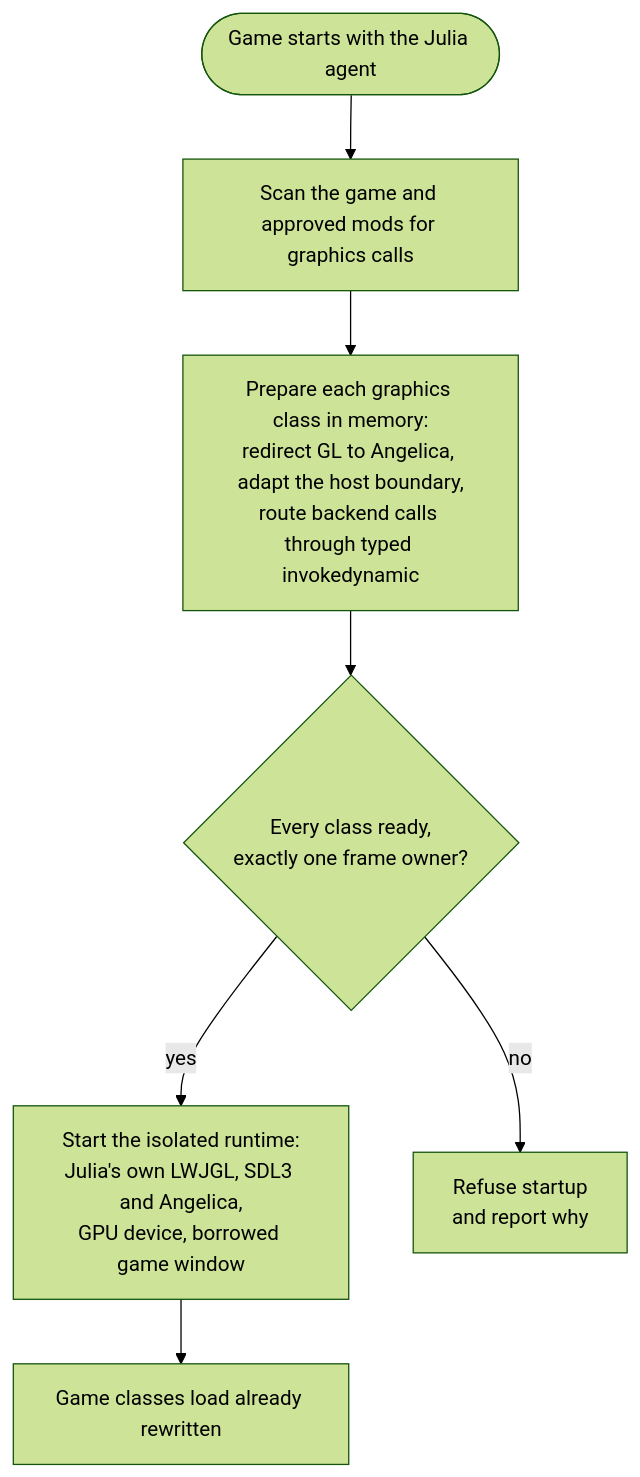
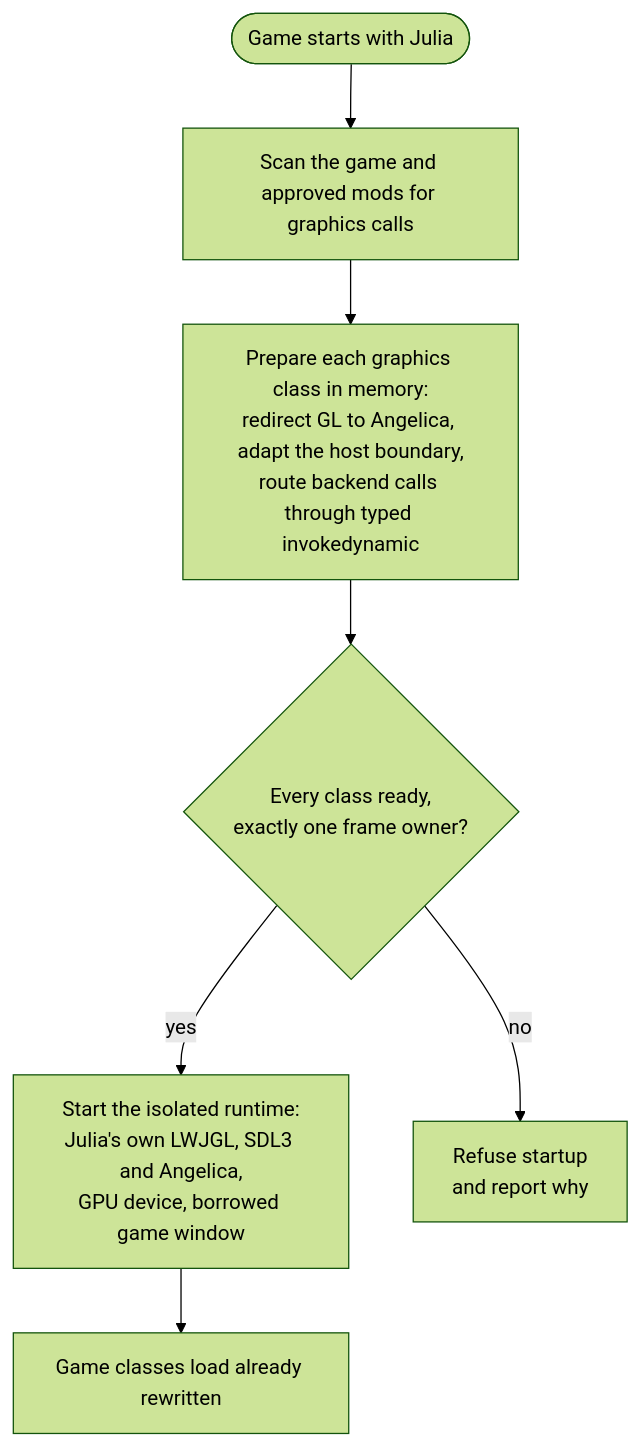
The first of 2 diagrams in README.md (fopwoc/julia-pz), drawn with Mermaid (forest theme) before and after one commit. The commit also changed other lines of this file and 1 other file, not shown here.

````diff
--- a/README.md
+++ b/README.md
@@ -189,9 +213,9 @@
 ```mermaid
 flowchart TD
-    start(["Game starts with the Julia agent"]) --> scan["Scan the game and approved mods for graphics calls"]
+    start(["Game starts with Julia"]) --> scan["Scan the game and approved mods for graphics calls"]
     scan --> prepare["Prepare each graphics class in memory:<br/>redirect GL to Angelica, adapt the host boundary,<br/>route backend calls through typed invokedynamic"]
     prepare --> gate{"Every class ready,<br/>exactly one frame owner?"}
     gate -- yes --> runtime["Start the isolated runtime:<br/>Julia's own LWJGL, SDL3 and Angelica,<br/>GPU device, borrowed game window"]
     runtime --> load["Game classes load already rewritten"]
     gate -- no --> refuse["Refuse startup<br/>and report why"]
 ```
````
